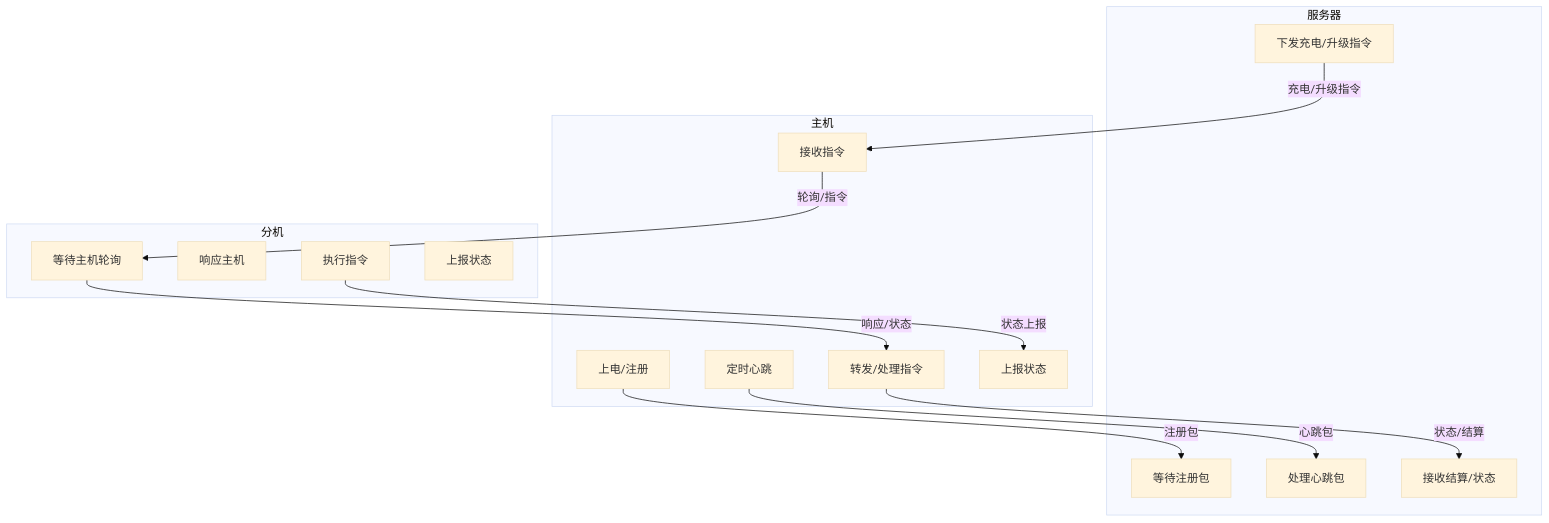
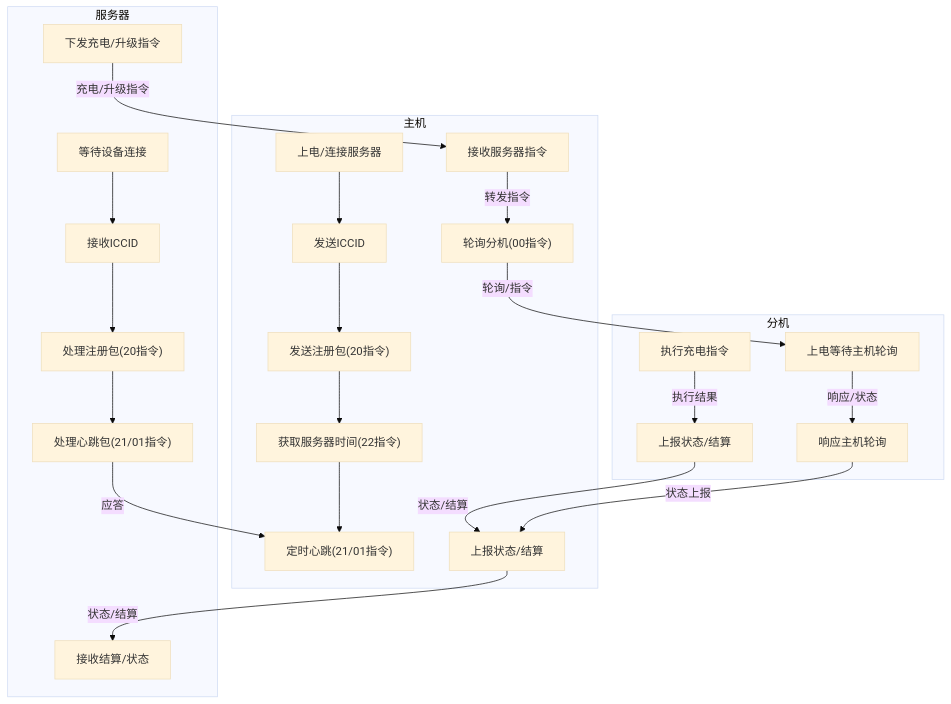
The ninth of 17 diagrams in docs/iot_master_slave_architecture_all.md (taoyao-code/iot-zinx), drawn with Mermaid (base theme) before and after one commit. The commit also changed other lines of this file and 7 other files, not shown here.

````diff
--- a/docs/iot_master_slave_architecture_all.md
+++ b/docs/iot_master_slave_architecture_all.md
@@ -77,31 +223,45 @@
 ```mermaid
 %% Mermaid泳道图
 flowchart TD
     subgraph 服务器
-        S1["等待注册包"]
-        S2["处理心跳包"]
-        S3["下发充电/升级指令"]
-        S4["接收结算/状态"]
+        S1["等待设备连接"]
+        S2["接收ICCID"]
+        S3["处理注册包(20指令)"]
+        S4["处理心跳包(21/01指令)"]
+        S5["下发充电/升级指令"]
+        S6["接收结算/状态"]
     end
     subgraph 主机
-        M1["上电/注册"]
-        M2["定时心跳"]
-        M3["接收指令"]
-        M4["转发/处理指令"]
-        M5["上报状态"]
+        M1["上电/连接服务器"]
+        M2["发送ICCID"]
+        M3["发送注册包(20指令)"]
+        M4["获取服务器时间(22指令)"]
+        M5["定时心跳(21/01指令)"]
+        M6["接收服务器指令"]
+        M7["轮询分机(00指令)"]
+        M8["上报状态/结算"]
     end
     subgraph 分机
-        F1["等待主机轮询"]
-        F2["响应主机"]
-        F3["执行指令"]
-        F4["上报状态"]
+        F1["上电等待主机轮询"]
+        F2["响应主机轮询"]
+        F3["执行充电指令"]
+        F4["上报状态/结算"]
     end
-    M1 -- "注册包" --> S1
-    M2 -- "心跳包" --> S2
-    S3 -- "充电/升级指令" --> M3
-    M3 -- "轮询/指令" --> F1
-    F1 -- "响应/状态" --> M4
-    M4 -- "状态/结算" --> S4
-    F3 -- "状态上报" --> M5
+    S1 --> S2
+    S2 --> S3
+    S3 --> S4
+    M1 --> M2
+    M2 --> M3
+    M3 --> M4
+    M4 --> M5
+    S4 -- "应答" --> M5
+    S5 -- "充电/升级指令" --> M6
+    M6 -- "转发指令" --> M7
+    M7 -- "轮询/指令" --> F1
+    F1 -- "响应/状态" --> F2
+    F2 -- "状态上报" --> M8
+    M8 -- "状态/结算" --> S6
+    F3 -- "执行结果" --> F4
+    F4 -- "状态/结算" --> M8
     %% 说明：主机、分机、服务器三方协作流程
 ```
````
